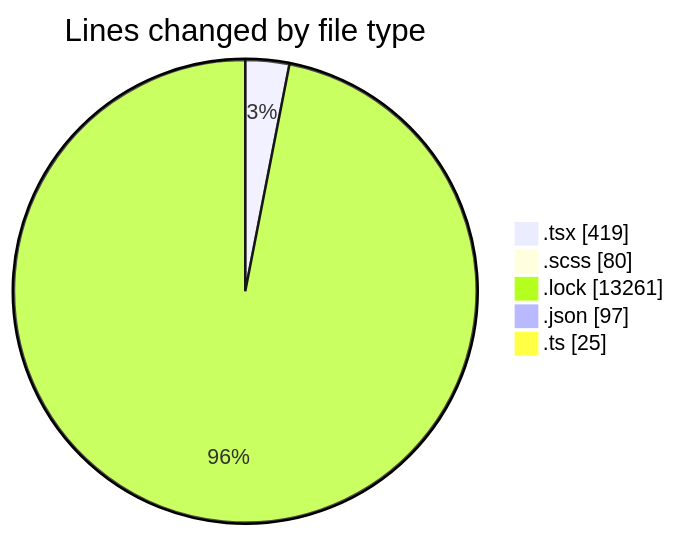
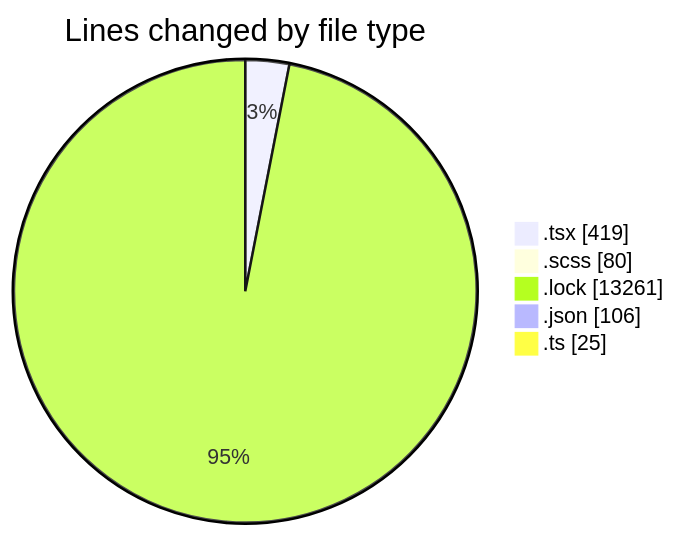
The first of 2 diagrams in 2025-05-06/cda/README.md (momahboobian/code-tracking), drawn with Mermaid before and after one commit. The commit also changed other lines of this file and 1 other file, not shown here.

````diff
--- a/2025-05-06/cda/README.md
+++ b/2025-05-06/cda/README.md
@@ -29,9 +29,9 @@
 ```mermaid
 pie showData
 title Lines changed by file type
 ".tsx" : 419
 ".scss" : 80
 ".lock" : 13261
-".json" : 97
+".json" : 106
 ".ts" : 25
 ```
````
